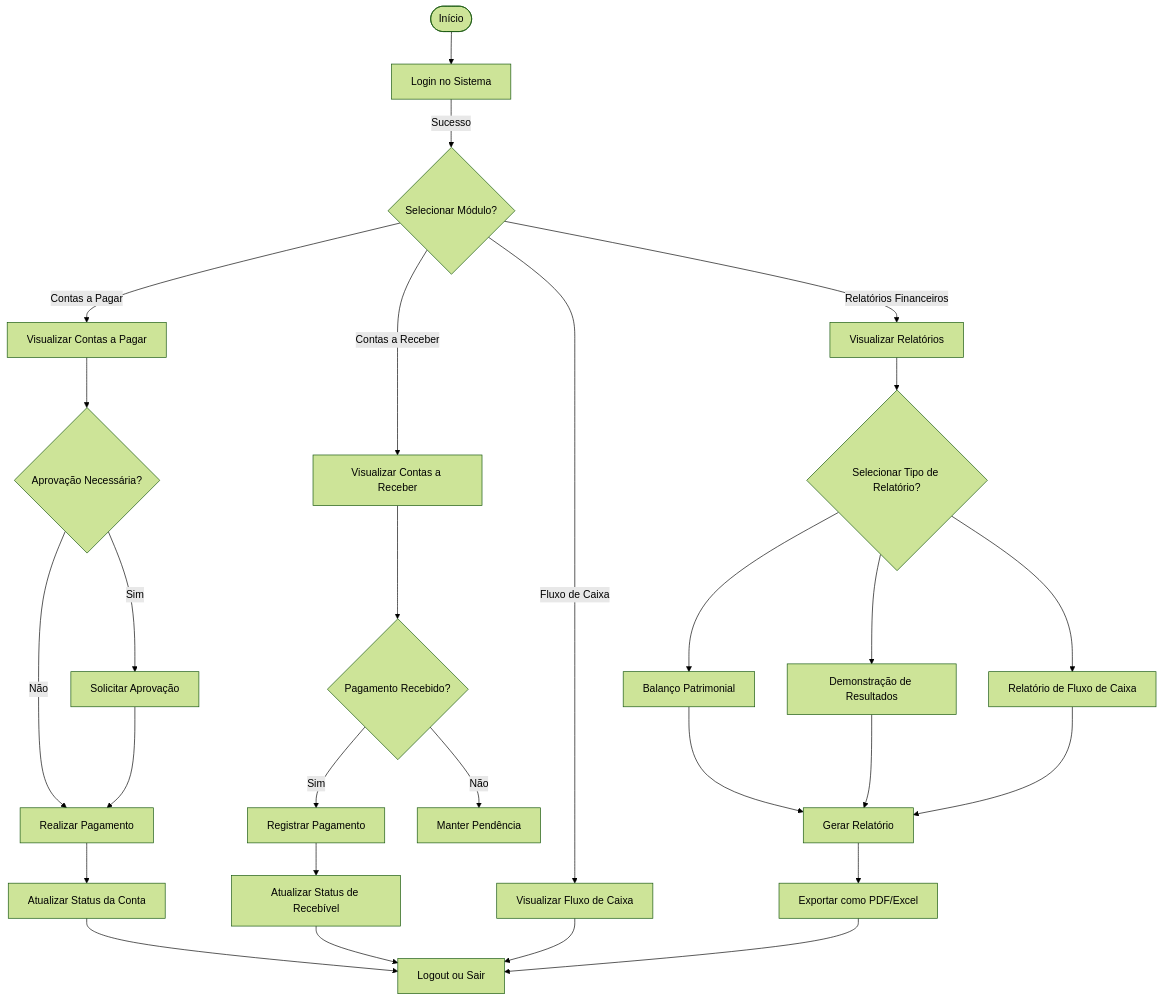
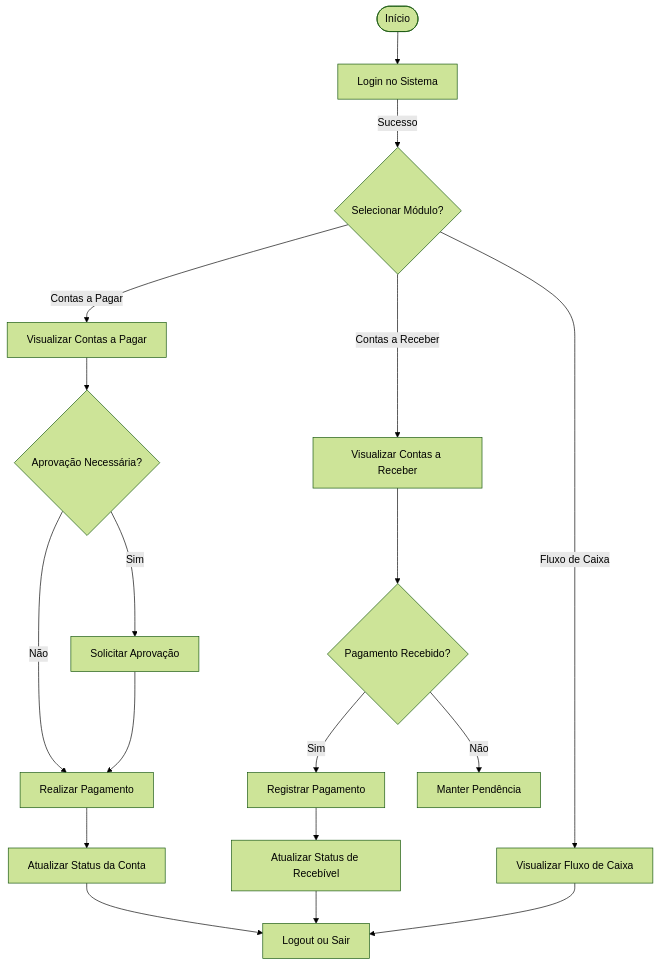
Before and after one commit to Gabriela-Amaro/Sistema-Mugiwara: the diagram in README.DA.md, drawn with Mermaid (forest theme).

````diff
--- a/README.DA.md
+++ b/README.DA.md
@@ -5,34 +5,23 @@
 ```mermaid
 graph TD
     Start([Início]) --> Login[Login no Sistema]
     Login --> |Sucesso| ModuleSelection{Selecionar Módulo?}
     ModuleSelection --> |Contas a Pagar| AccountsPayable[Visualizar Contas a Pagar]
     ModuleSelection --> |Contas a Receber| AccountsReceivable[Visualizar Contas a Receber]
     ModuleSelection --> |Fluxo de Caixa| CashFlow[Visualizar Fluxo de Caixa]
-    ModuleSelection --> |Relatórios Financeiros| FinancialReports[Visualizar Relatórios]
 
     AccountsPayable --> ApprovalNeeded{Aprovação Necessária?}
     ApprovalNeeded --> |Sim| ManagerApproval[Solicitar Aprovação]
     ApprovalNeeded --> |Não| ProceedToPayment[Realizar Pagamento]
     ManagerApproval --> ProceedToPayment
     ProceedToPayment --> UpdateStatus[Atualizar Status da Conta]
 
     AccountsReceivable --> PaymentReceived{Pagamento Recebido?}
     PaymentReceived --> |Sim| RegisterPayment[Registrar Pagamento]
     PaymentReceived --> |Não| KeepPending[Manter Pendência]
     RegisterPayment --> UpdateStatusReceivable[Atualizar Status de Recebível]
 
-    FinancialReports --> ReportType{Selecionar Tipo de Relatório?}
-    ReportType --> BalanceSheet[Balanço Patrimonial]
-    ReportType --> IncomeStatement[Demonstração de Resultados]
-    ReportType --> CashFlowReport[Relatório de Fluxo de Caixa]
-    BalanceSheet --> GenerateReport[Gerar Relatório]
-    IncomeStatement --> GenerateReport
-    CashFlowReport --> GenerateReport
-    GenerateReport --> Export[Exportar como PDF/Excel]
-
     UpdateStatus --> End[Logout ou Sair]
     UpdateStatusReceivable --> End
     CashFlow --> End
-    Export --> End
 ```
````
